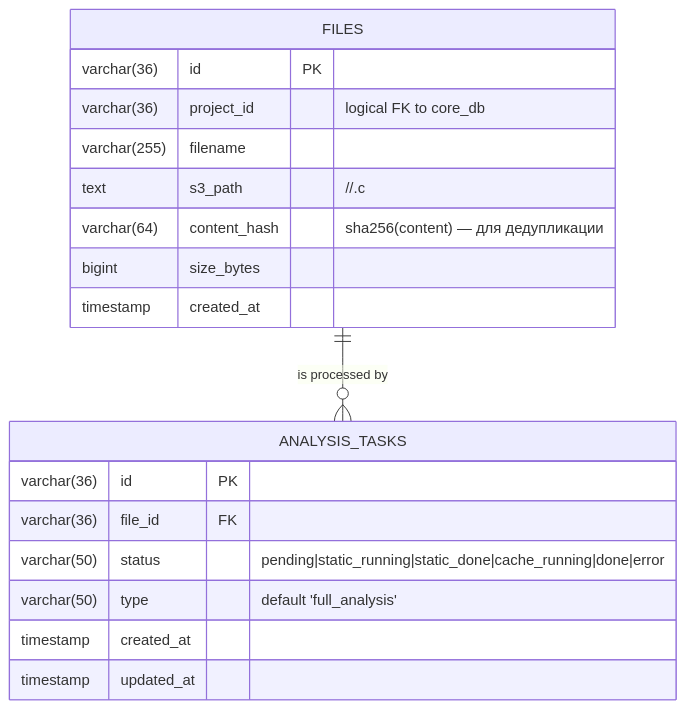
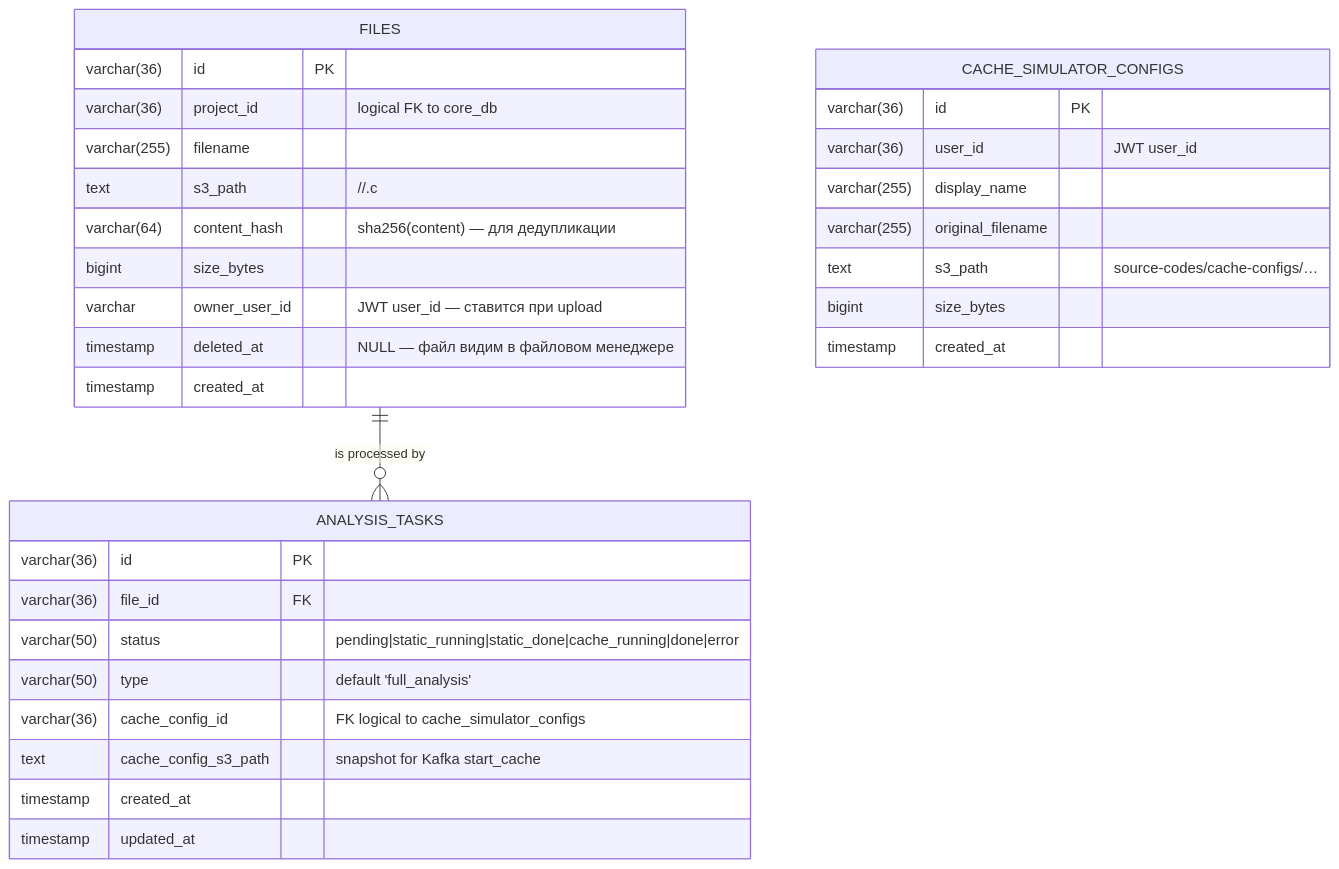
One commit to Fortech4N9/docs changed the first of 2 diagrams in docs/backend/analysis-api/data-model.md. Above: the diagram before and after it, drawn with Mermaid. The commit also changed other lines of this file and 15 other files, not shown here.

Commit message:
add configs for cache interpritater

````diff
--- a/docs/backend/analysis-api/data-model.md
+++ b/docs/backend/analysis-api/data-model.md
@@ -7,23 +7,37 @@
 ```mermaid
 erDiagram
     FILES ||--o{ ANALYSIS_TASKS : "is processed by"
 
     FILES {
       varchar(36) id PK
       varchar(36) project_id "logical FK to core_db"
       varchar(255) filename
       text s3_path "<bucket>/<project>/<file_id>.c"
       varchar(64) content_hash "sha256(content) — для дедупликации"
       bigint size_bytes
+      varchar owner_user_id "JWT user_id — ставится при upload"
+      timestamp deleted_at "NULL — файл видим в файловом менеджере"
+      timestamp created_at
+    }
+
+    CACHE_SIMULATOR_CONFIGS {
+      varchar(36) id PK
+      varchar(36) user_id "JWT user_id"
+      varchar(255) display_name
+      varchar(255) original_filename
+      text s3_path "source-codes/cache-configs/…"
+      bigint size_bytes
       timestamp created_at
     }
 
     ANALYSIS_TASKS {
       varchar(36) id PK
       varchar(36) file_id FK
       varchar(50) status "pending|static_running|static_done|cache_running|done|error"
       varchar(50) type "default 'full_analysis'"
+      varchar(36) cache_config_id "FK logical to cache_simulator_configs"
+      text cache_config_s3_path "snapshot for Kafka start_cache"
       timestamp created_at
       timestamp updated_at
     }
 ```
````
